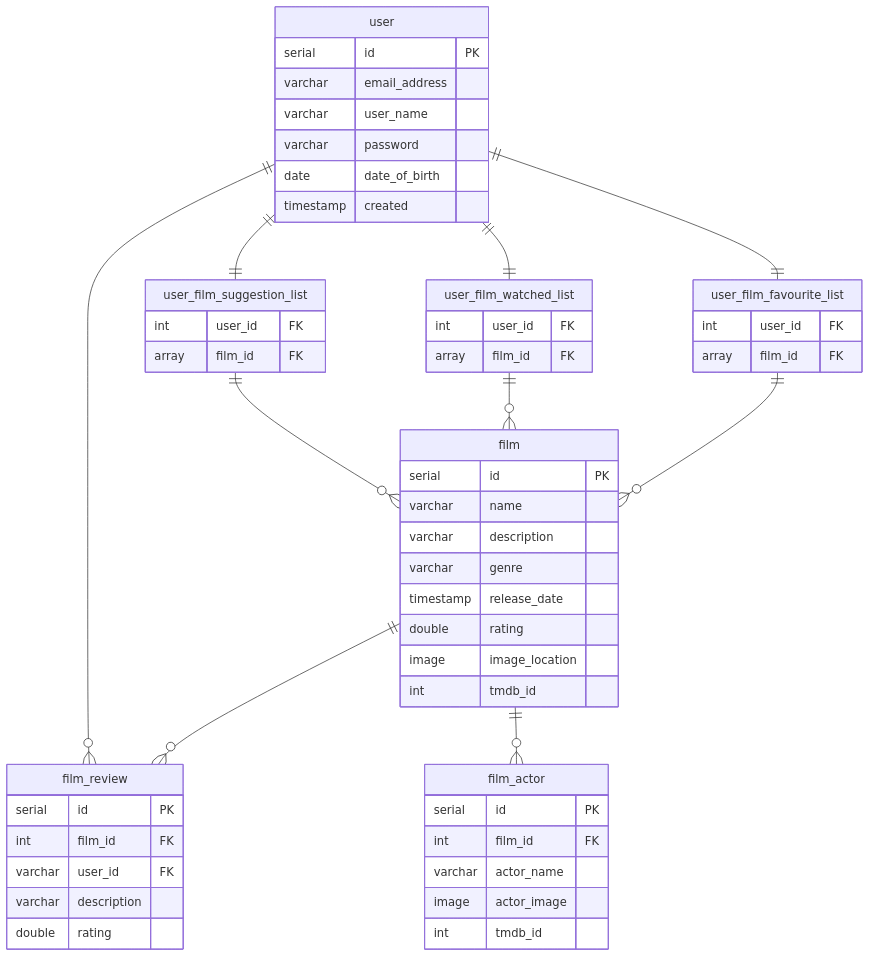
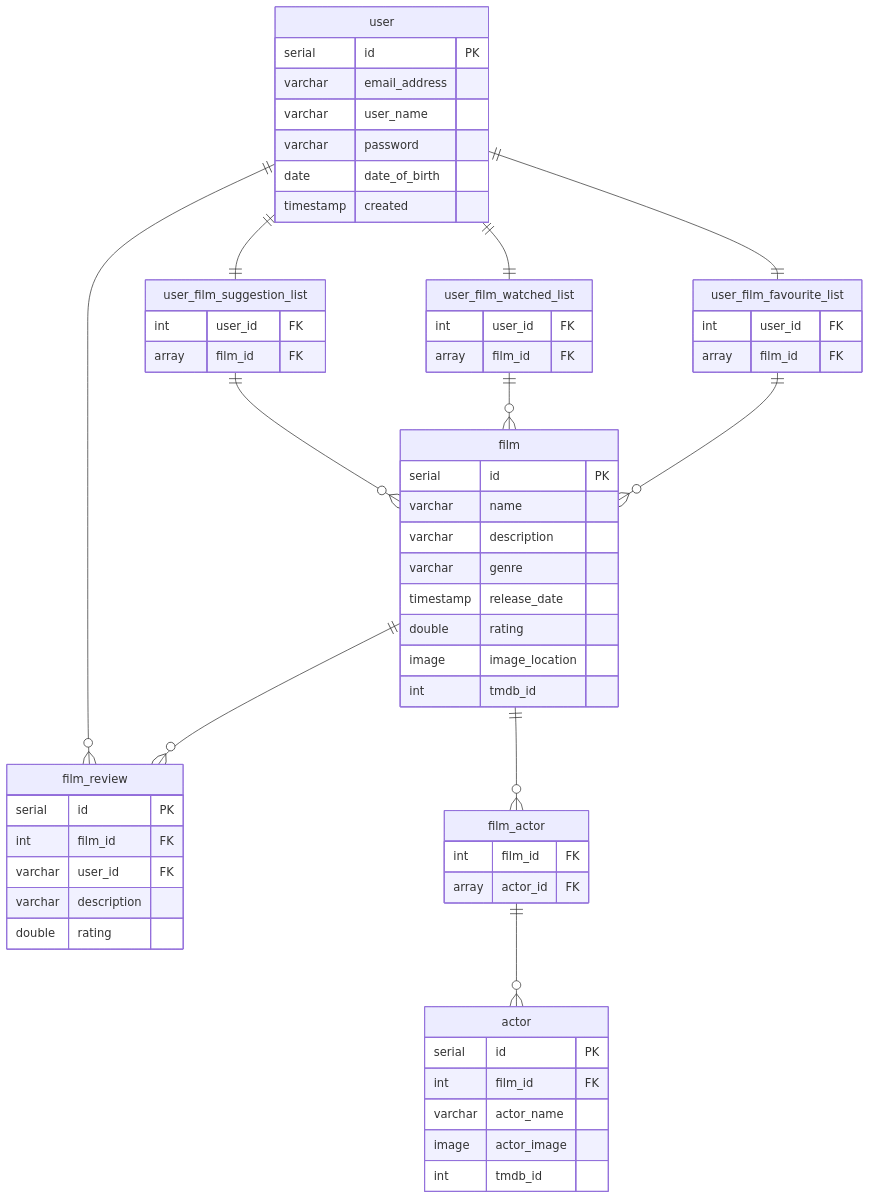
The second of 2 diagrams in README.md (Niall96/HeresAFilm), drawn with Mermaid before and after one commit. The commit also changed other lines of this file, not shown here.

````diff
--- a/README.md
+++ b/README.md
@@ -44,57 +44,63 @@
 ```mermaid
 erDiagram 
  user ||--|| user_film_favourite_list : ""
  user ||--|| user_film_suggestion_list : ""
  user ||--|| user_film_watched_list: ""
  user_film_favourite_list ||--o{ film : ""
  user_film_watched_list ||--o{ film : ""
  user_film_suggestion_list ||--o{ film : ""
  film ||--o{ film_review : ""
  film ||--o{ film_actor : ""
+ film_actor ||--o{ actor : ""
  user ||--o{ film_review : ""
  
  user {
         serial id PK
         varchar email_address
         varchar user_name
         varchar password
         date date_of_birth
         timestamp created
     }
  user_film_favourite_list {
                  int user_id FK
                  array film_id FK
               }
  user_film_watched_list {
                  int user_id FK
                  array film_id FK
               }
  user_film_suggestion_list {
                   int user_id FK
                   array film_id FK
                }
  film {
       serial id PK
       varchar name
       varchar description
       varchar genre
       timestamp release_date
       double rating
       image image_location
       int tmdb_id
       }
  film_review {
              serial id PK
              int film_id FK
              varchar user_id FK
              varchar description
              double rating
            }
  film_actor {
+       
+       int film_id FK
+       array actor_id FK
+     }
+ actor {
        serial id PK
        int film_id FK
        varchar actor_name
        image actor_image
        int tmdb_id
      }
 ```
````
